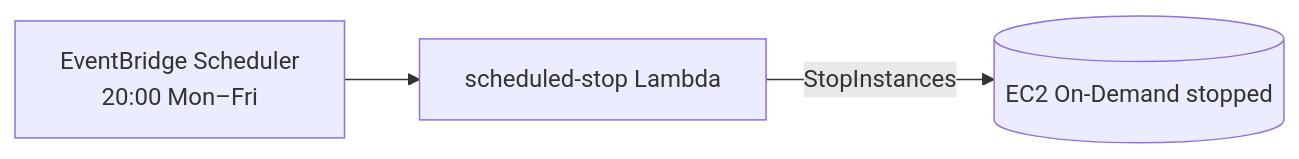
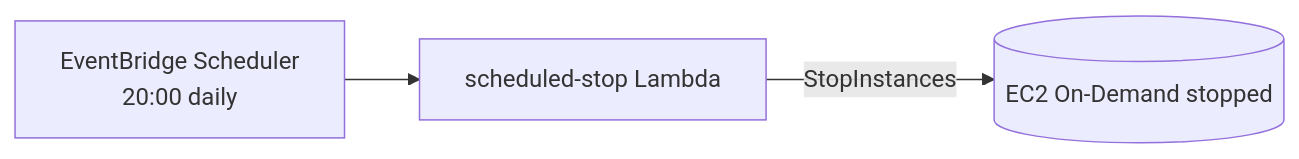
One commit to teddynted/ai-github-repository-blog-generator changed the second of 2 diagrams in docs/cost-optimization.md. Above: the diagram before and after it, drawn with Mermaid. The commit also changed other lines of this file and 21 other files, not shown here.

````diff
--- a/docs/cost-optimization.md
+++ b/docs/cost-optimization.md
@@ -52,5 +52,5 @@
 ```mermaid
 flowchart LR
-    SCH[EventBridge Scheduler<br/>20:00 Mon–Fri] --> LS[scheduled-stop Lambda]
+    SCH[EventBridge Scheduler<br/>20:00 daily] --> LS[scheduled-stop Lambda]
     LS -->|StopInstances| EC2[(EC2 On-Demand stopped)]
 ```
````
